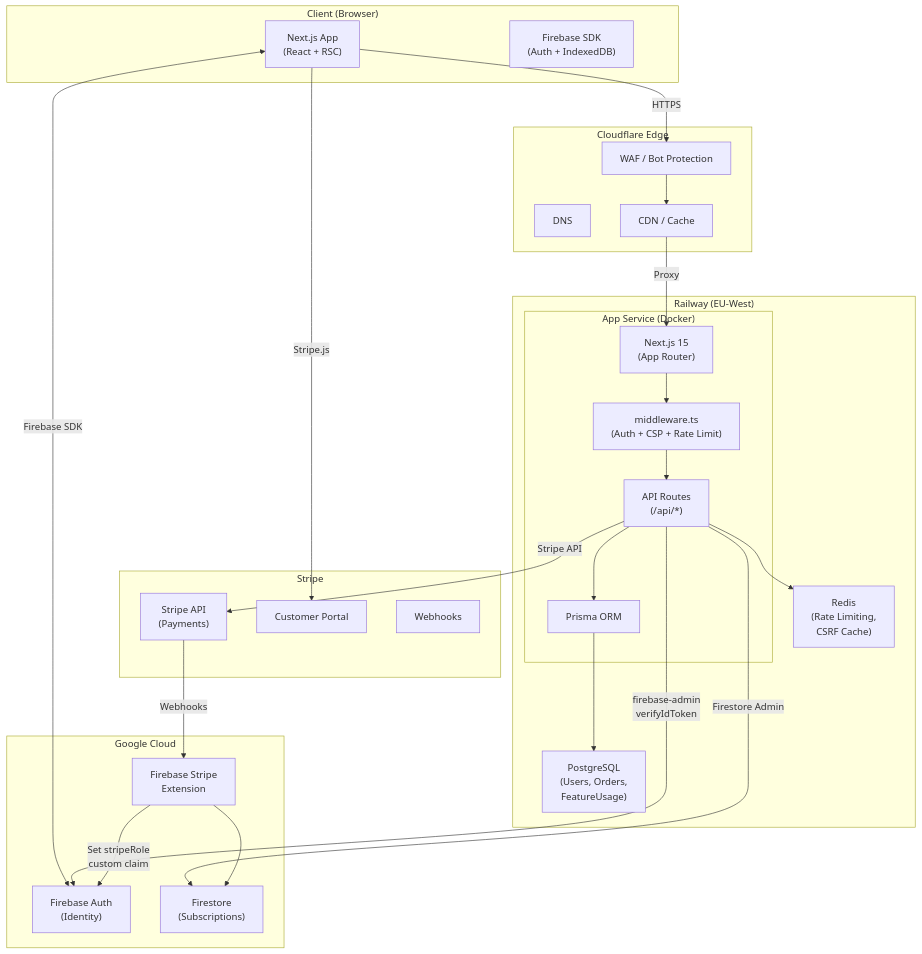
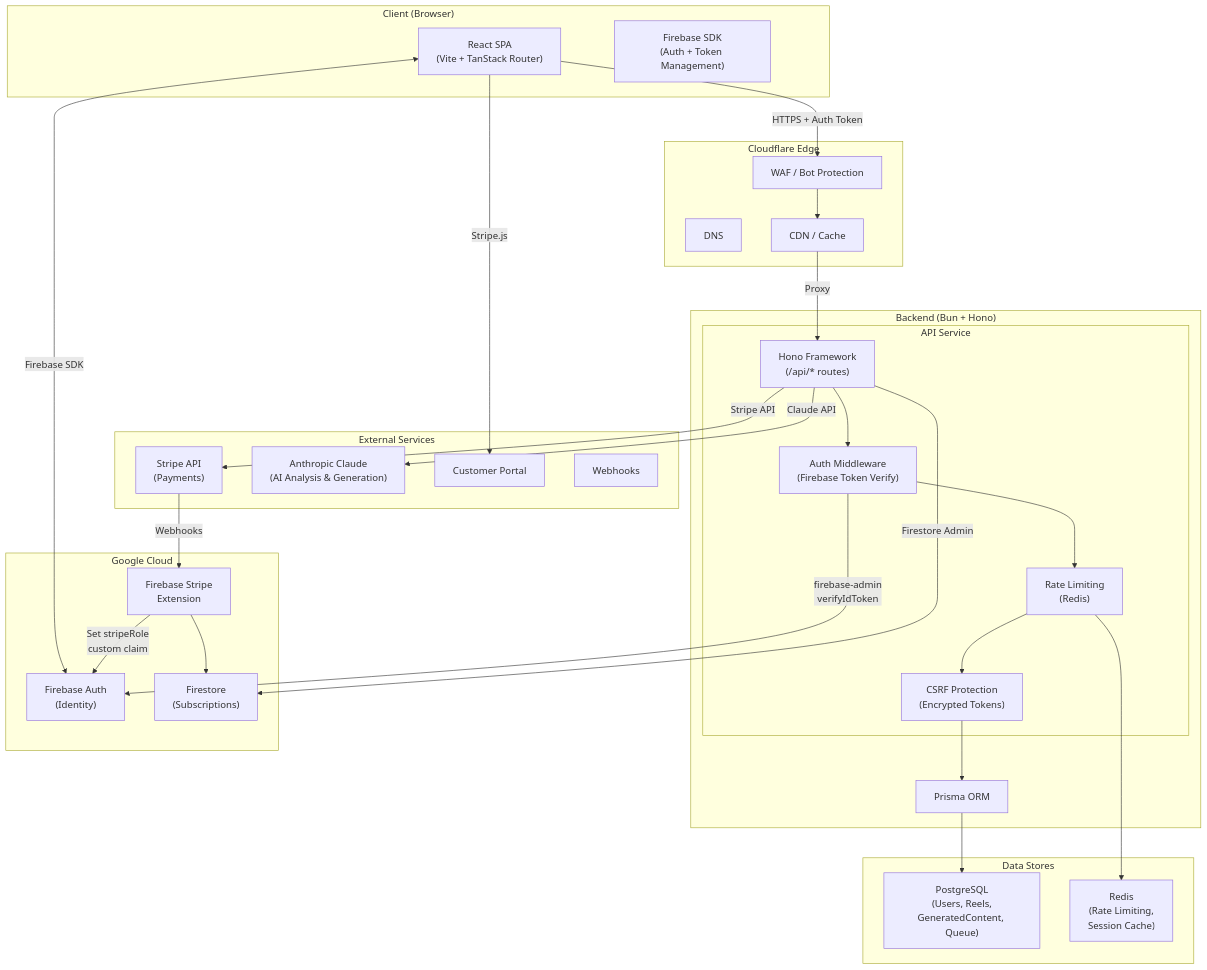
Before and after one commit to KennethAtchon/ContentAI: the first of 5 diagrams in docs/architecture/diagrams.md, drawn with Mermaid. The commit also changed other lines of this file and 41 other files, not shown here.

Commit message:
add comprehensive documentation for ReelStudio domain architecture including studio system, generation pipeline, database schema, API routes, and rate limiting configurations

````diff
--- a/docs/architecture/diagrams.md
+++ b/docs/architecture/diagrams.md
@@ -7,53 +7,60 @@
 ```mermaid
 graph TB
     subgraph Client["Client (Browser)"]
-        Browser["Next.js App\n(React + RSC)"]
-        FirebaseSDK["Firebase SDK\n(Auth + IndexedDB)"]
+        Browser["React SPA\n(Vite + TanStack Router)"]
+        FirebaseSDK["Firebase SDK\n(Auth + Token Management)"]
     end
 
     subgraph Cloudflare["Cloudflare Edge"]
         CF_DNS["DNS"]
         CF_WAF["WAF / Bot Protection"]
         CF_CDN["CDN / Cache"]
     end
 
-    subgraph Railway["Railway (EU-West)"]
-        subgraph App["App Service (Docker)"]
-            NextJS["Next.js 15\n(App Router)"]
-            Middleware["middleware.ts\n(Auth + CSP + Rate Limit)"]
-            API["API Routes\n(/api/*)"]
-            Prisma["Prisma ORM"]
+    subgraph Backend["Backend (Bun + Hono)"]
+        subgraph API["API Service"]
+            Hono["Hono Framework\n(/api/* routes)"]
+            AuthMW["Auth Middleware\n(Firebase Token Verify)"]
+            RateLimit["Rate Limiting\n(Redis)"]
+            CSRF["CSRF Protection\n(Encrypted Tokens)"]
         end
-        PG["PostgreSQL\n(Users, Orders,\nFeatureUsage)"]
-        Redis["Redis\n(Rate Limiting,\nCSRF Cache)"]
+        Prisma["Prisma ORM"]
+    end
+
+    subgraph Databases["Data Stores"]
+        PG["PostgreSQL\n(Users, Reels,\nGeneratedContent, Queue)"]
+        Redis["Redis\n(Rate Limiting,\nSession Cache)"]
     end
 
     subgraph Google["Google Cloud"]
         Firebase["Firebase Auth\n(Identity)"]
         Firestore["Firestore\n(Subscriptions)"]
         FirebaseExt["Firebase Stripe\nExtension"]
     end
 
-    subgraph Stripe["Stripe"]
+    subgraph External["External Services"]
         StripeAPI["Stripe API\n(Payments)"]
+        Claude["Anthropic Claude\n(AI Analysis & Generation)"]
         Portal["Customer Portal"]
         Webhooks["Webhooks"]
     end
 
-    Browser -->|HTTPS| CF_WAF
+    Browser -->|HTTPS + Auth Token| CF_WAF
     CF_WAF --> CF_CDN
-    CF_CDN -->|Proxy| NextJS
+    CF_CDN -->|Proxy| Hono
     Browser <-->|Firebase SDK| Firebase
-    NextJS --> Middleware
-    Middleware --> API
-    API --> Prisma
+    Hono --> AuthMW
+    AuthMW --> RateLimit
+    RateLimit --> CSRF
+    CSRF --> Prisma
     Prisma --> PG
-    API --> Redis
-    API -->|firebase-admin\nverifyIdToken| Firebase
-    API -->|Firestore Admin| Firestore
-    API -->|Stripe API| StripeAPI
+    RateLimit --> Redis
+    AuthMW -->|firebase-admin\nverifyIdToken| Firebase
+    Hono -->|Firestore Admin| Firestore
+    Hono -->|Stripe API| StripeAPI
+    Hono -->|Claude API| Claude
     StripeAPI -->|Webhooks| FirebaseExt
     FirebaseExt --> Firestore
     FirebaseExt -->|Set stripeRole\ncustom claim| Firebase
     Browser -->|Stripe.js| Portal
 ```
````
